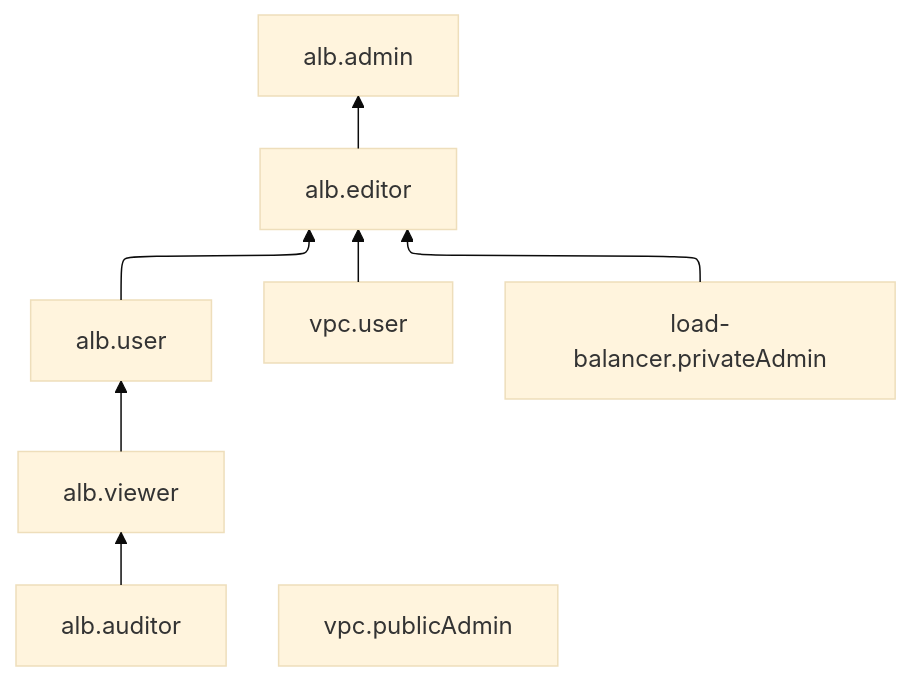
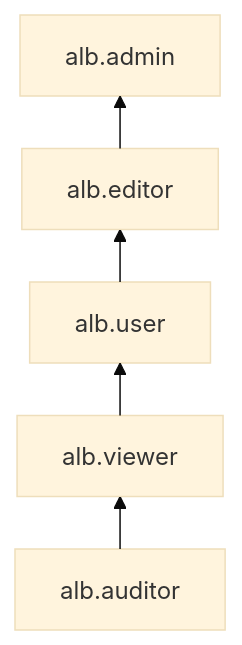
The diagram in ru/_mermaid/roles/application-load-balancer.md (yandex-cloud/docs), drawn with Mermaid (base theme) before and after one commit. The commit also changed 532 other files, not shown here.

````diff
--- a/ru/_mermaid/roles/application-load-balancer.md
+++ b/ru/_mermaid/roles/application-load-balancer.md
@@ -1,11 +1,12 @@
 ```mermaid
-%%{init: {"flowchart": {'defaultRenderer': 'elk'}} }%%
+---
+config:
+  flowchart:
+    defaultRenderer: elk
+---
 flowchart BT
     alb.auditor --> alb.viewer
     alb.viewer --> alb.user
     alb.user --> alb.editor
-    vpc.user --> alb.editor
-    load-balancer.privateAdmin --> alb.editor
     alb.editor --> alb.admin
-    vpc.publicAdmin
 ```
````
